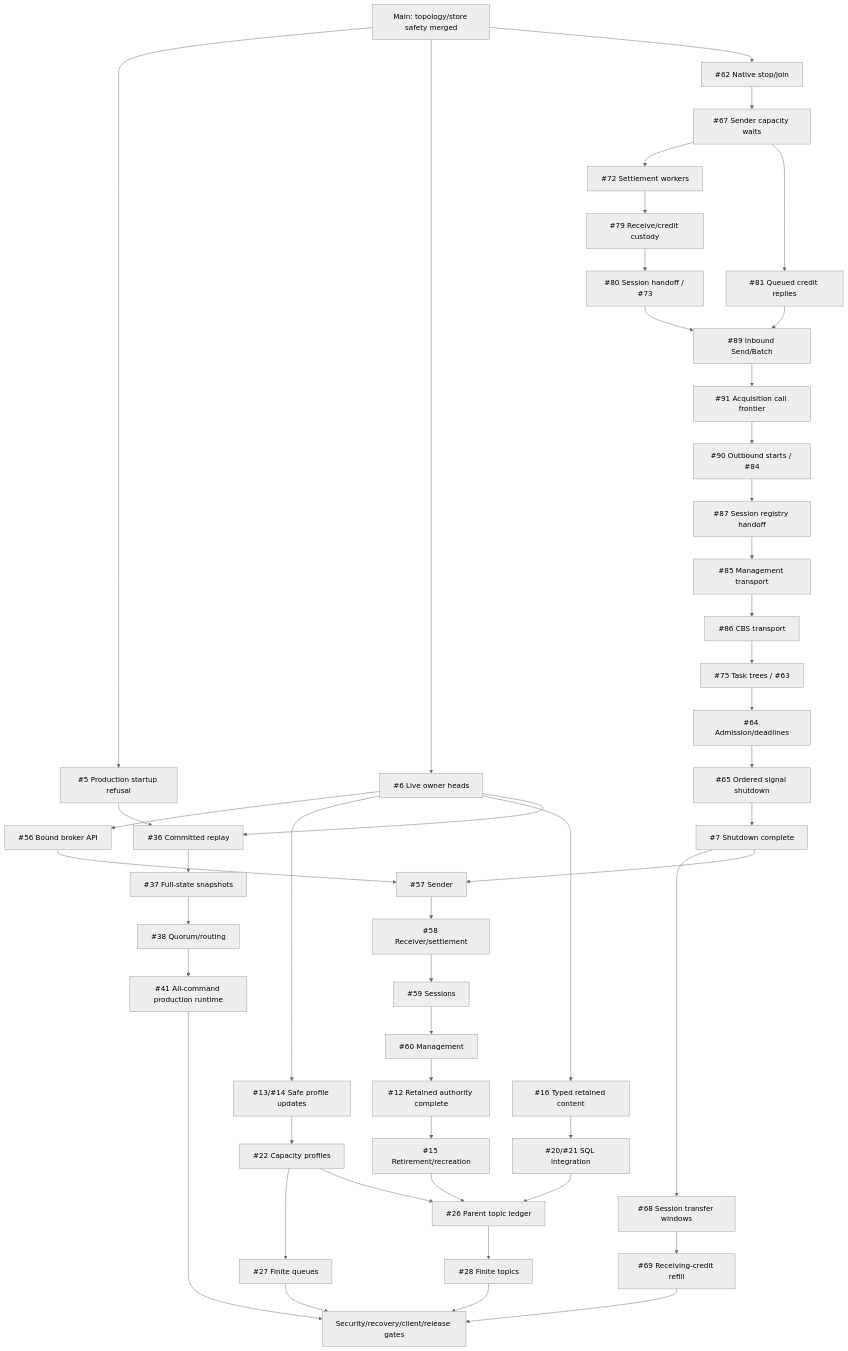
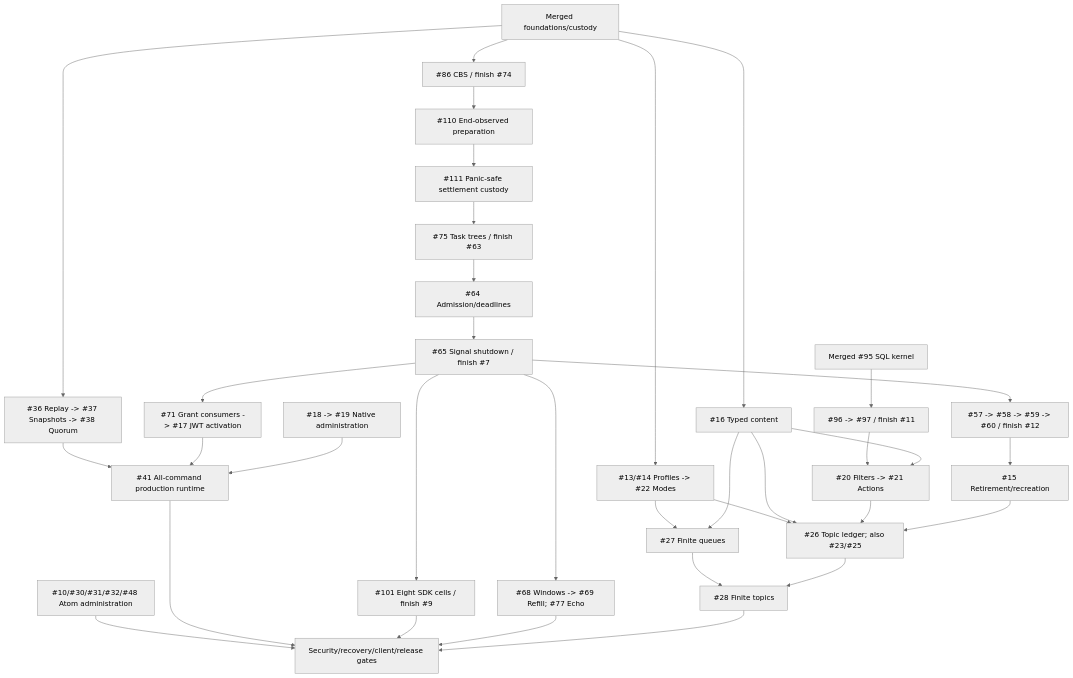
One commit to DeandreT/switchyard changed the diagram in docs/roadmap.md. Above: the diagram before and after it, drawn with Mermaid (neutral theme). The commit also changed other lines of this file, not shown here.

````diff
--- a/docs/roadmap.md
+++ b/docs/roadmap.md
@@ -61,50 +68,36 @@
 ```mermaid
 flowchart TD
-    Main["Main: topology/store safety merged"] --> Guard["#5 Production startup refusal"]
-    Main --> Owners["#6 Live owner heads"]
-    Owners --> Core["#56 Bound broker API"]
-    Core --> Sender["#57 Sender"]
-    Main --> Native["#62 Native stop/join"]
-    Native --> Permits["#67 Sender capacity waits"]
-    Permits --> Settlement["#72 Settlement workers"]
-    Settlement --> Receive["#79 Receive/credit custody"]
-    Receive --> Acquisition["#80 Session handoff / #73"]
-    Permits --> CreditReply["#81 Queued credit replies"]
-    CreditReply --> IngressTransport
-    Acquisition --> IngressTransport["#89 Inbound Send/Batch"]
-    IngressTransport --> Invocation["#91 Acquisition call frontier"]
-    Invocation --> DataTransport["#90 Outbound starts / #84"]
-    DataTransport --> Registry["#87 Session registry handoff"]
-    Registry --> ManagementTransport["#85 Management transport"]
-    ManagementTransport --> CbsTransport["#86 CBS transport"]
-    CbsTransport --> Protocol["#75 Task trees / #63"]
-    Protocol --> Admission["#64 Admission/deadlines"]
-    Admission --> Signals["#65 Ordered signal shutdown"]
-    Signals --> Shutdown["#7 Shutdown complete"]
-    Shutdown --> Windows["#68 Session transfer windows"]
-    Windows --> Refill["#69 Receiving-credit refill"]
-    Refill --> Gates
-    Shutdown --> Sender
-    Sender --> Receiver["#58 Receiver/settlement"]
-    Receiver --> Sessions["#59 Sessions"]
-    Sessions --> Management["#60 Management"]
-    Management --> Bindings["#12 Retained authority complete"]
-    Bindings --> Delete["#15 Retirement/recreation"]
-    Owners --> Profiles["#13/#14 Safe profile updates"]
-    Owners --> Content["#16 Typed retained content"]
-    Content --> SQL["#20/#21 SQL integration"]
-    Profiles --> Modes["#22 Capacity profiles"]
-    Modes --> Queue["#27 Finite queues"]
-    Modes --> Ledger["#26 Parent topic ledger"]
-    SQL --> Ledger
+    Main["Merged foundations/custody"] --> CBS["#86 CBS / finish #74"]
+    CBS --> Prep["#110 End-observed preparation"]
+    Prep --> Panic["#111 Panic-safe settlement custody"]
+    Panic --> Trees["#75 Task trees / finish #63"]
+    Trees --> Admission["#64 Admission/deadlines"]
+    Admission --> Signals["#65 Signal shutdown / finish #7"]
+    Signals --> Authority["#57 -> #58 -> #59 -> #60 / finish #12"]
+    Authority --> Delete["#15 Retirement/recreation"]
+    Signals --> Grants["#71 Grant consumers -> #17 JWT activation"]
+    Signals --> Matrix["#101 Eight SDK cells / finish #9"]
+    Signals --> Windows["#68 Windows -> #69 Refill; #77 Echo"]
+    Main --> Profiles["#13/#14 Profiles -> #22 Modes"]
+    Main --> Content["#16 Typed content"]
+    Kernel["Merged #95 SQL kernel"] --> SQL["#96 -> #97 / finish #11"]
+    SQL --> Rules["#20 Filters -> #21 Actions"]
+    Content --> Rules
+    Profiles --> Queue["#27 Finite queues"]
+    Content --> Queue
+    Profiles --> Ledger["#26 Topic ledger; also #23/#25"]
+    Content --> Ledger
+    Rules --> Ledger
     Delete --> Ledger
-    Ledger --> Topic["#28 Finite topics"]
-    Guard --> Log["#36 Committed replay"]
-    Owners --> Log
-    Log --> Snapshot["#37 Full-state snapshots"]
-    Snapshot --> Quorum["#38 Quorum/routing"]
-    Quorum --> Runtime["#41 All-command production runtime"]
+    Queue --> Topic["#28 Finite topics"]
+    Ledger --> Topic
+    Main --> Log["#36 Replay -> #37 Snapshots -> #38 Quorum"]
+    Log --> Runtime["#41 All-command production runtime"]
+    Grants --> Runtime
+    Admin["#18 -> #19 Native administration"] --> Runtime
+    Atom["#10/#30/#31/#32/#48 Atom administration"] --> Gates
     Runtime --> Gates["Security/recovery/client/release gates"]
+    Matrix --> Gates
+    Windows --> Gates
     Topic --> Gates
-    Queue --> Gates
 ```
````
